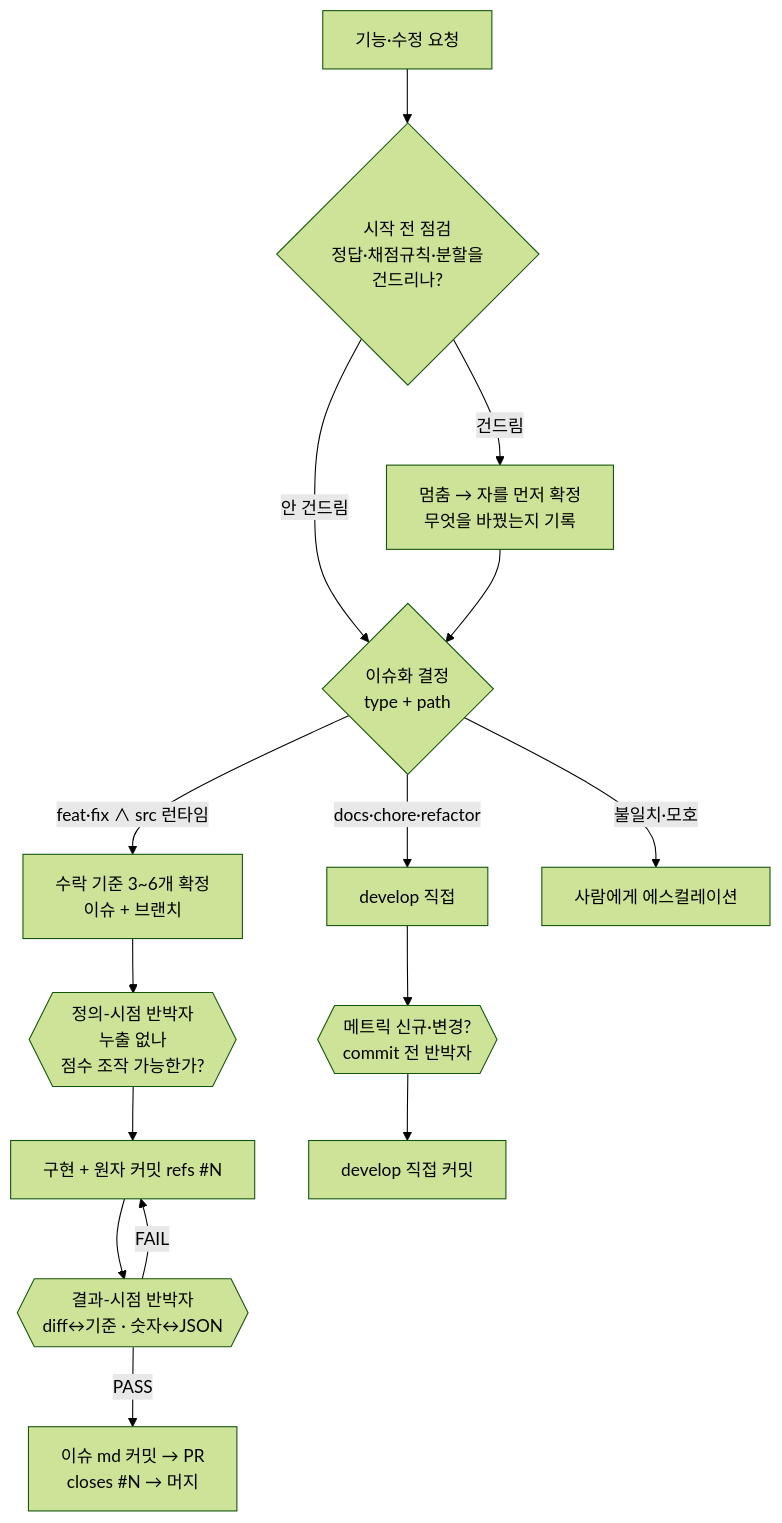
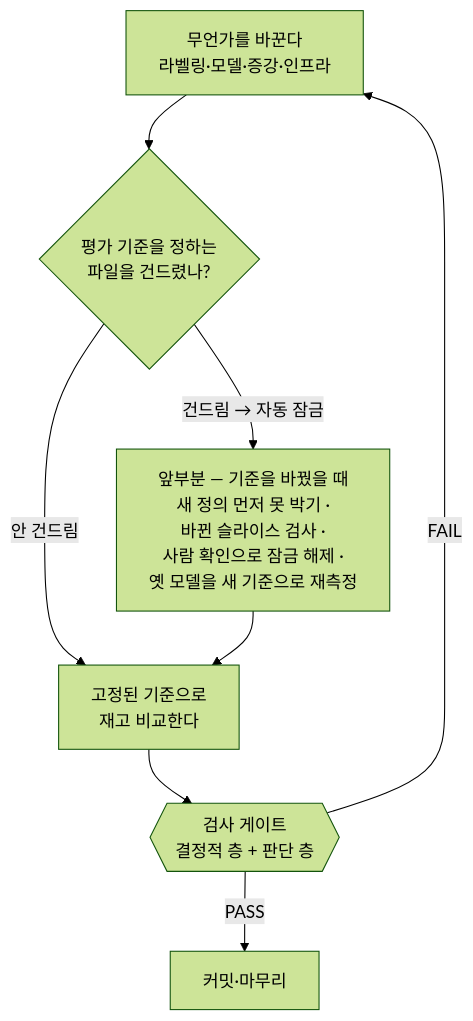
One commit to groovallstar/ner-pipeline-public changed the diagram in CLAUDE.md. Above: the diagram before and after it, drawn with Mermaid (forest theme). The commit also changed other lines of this file and 2 other files, not shown here.

````diff
--- a/CLAUDE.md
+++ b/CLAUDE.md
@@ -110,20 +104,10 @@
 ```mermaid
 flowchart TD
-    Req["기능·수정 요청"] --> Reflex{"시작 전 점검<br/>정답·채점규칙·분할을<br/>건드리나?"}
-    Reflex -->|"건드림"| Freeze["멈춤 → 자를 먼저 확정<br/>무엇을 바꿨는지 기록"]
-    Reflex -->|"안 건드림"| Lane{"이슈화 결정<br/>type + path"}
-    Freeze --> Lane
-
-    Lane -->|"feat·fix ∧ src 런타임"| AC["수락 기준 3~6개 확정<br/>이슈 + 브랜치"]
-    Lane -->|"docs·chore·refactor"| DL["develop 직접"]
-    Lane -->|"불일치·모호"| Esc["사람에게 에스컬레이션"]
-
-    AC --> DefGate{{"정의-시점 반박자<br/>누출 없나<br/>점수 조작 가능한가?"}}
-    DefGate --> Build["구현 + 원자 커밋 refs #N"]
-    Build --> ResGate{{"결과-시점 반박자<br/>diff↔기준 · 숫자↔JSON"}}
-    ResGate -->|"FAIL"| Build
-    ResGate -->|"PASS"| Merge["이슈 md 커밋 → PR<br/>closes #N → 머지"]
-
-    DL --> MGate{{"메트릭 신규·변경?<br/>commit 전 반박자"}}
-    MGate --> DC["develop 직접 커밋"]
+    Work["무언가를 바꾼다<br/>라벨링·모델·증강·인프라"] --> Ruler{"평가 기준을 정하는<br/>파일을 건드렸나?"}
+    Ruler -->|"건드림 → 자동 잠금"| Front["앞부분 — 기준을 바꿨을 때<br/>새 정의 먼저 못 박기 ·<br/>바뀐 슬라이스 검사 ·<br/>사람 확인으로 잠금 해제 ·<br/>옛 모델을 새 기준으로 재측정"]
+    Ruler -->|"안 건드림"| Run["고정된 기준으로<br/>재고 비교한다"]
+    Front --> Run
+    Run --> Gate{{"검사 게이트<br/>결정적 층 + 판단 층"}}
+    Gate -->|"FAIL"| Work
+    Gate -->|"PASS"| Done["커밋·마무리"]
 ```
````
